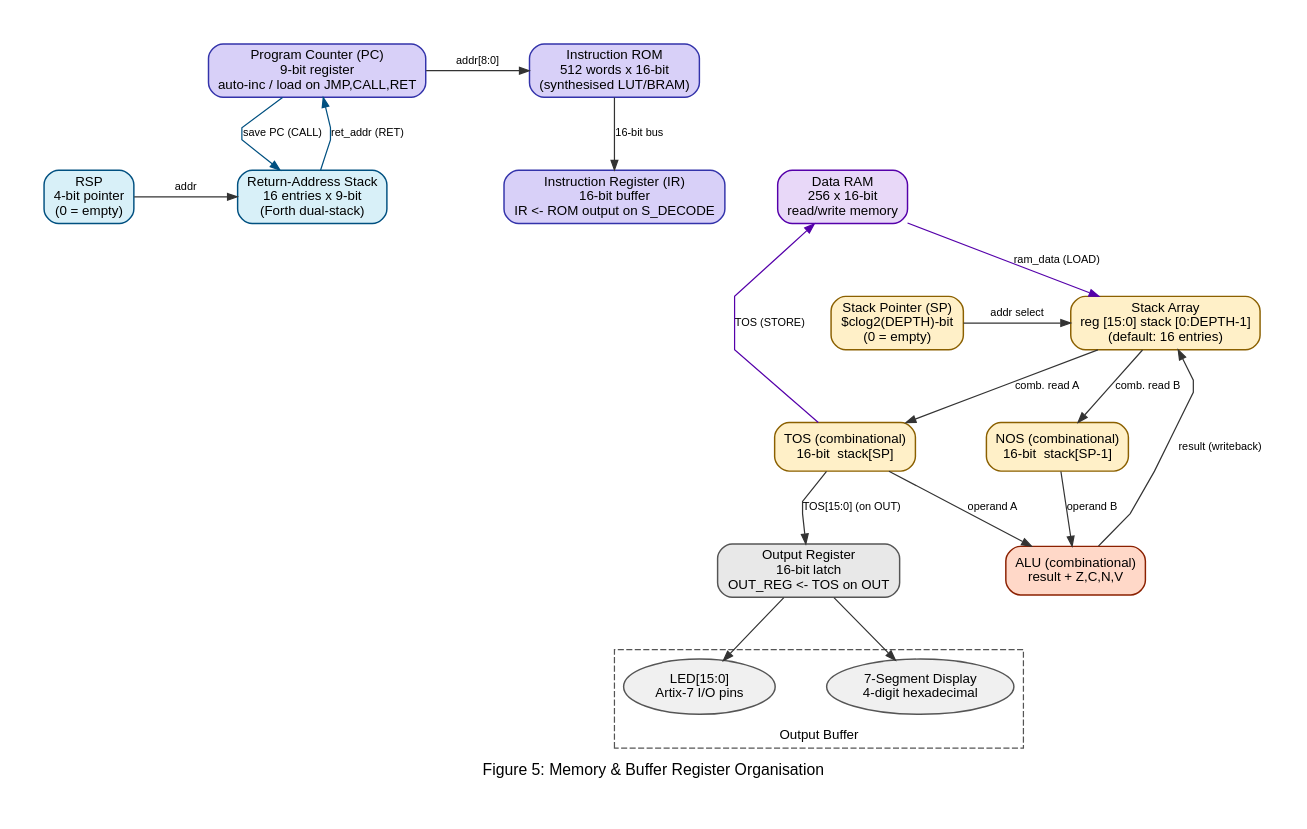
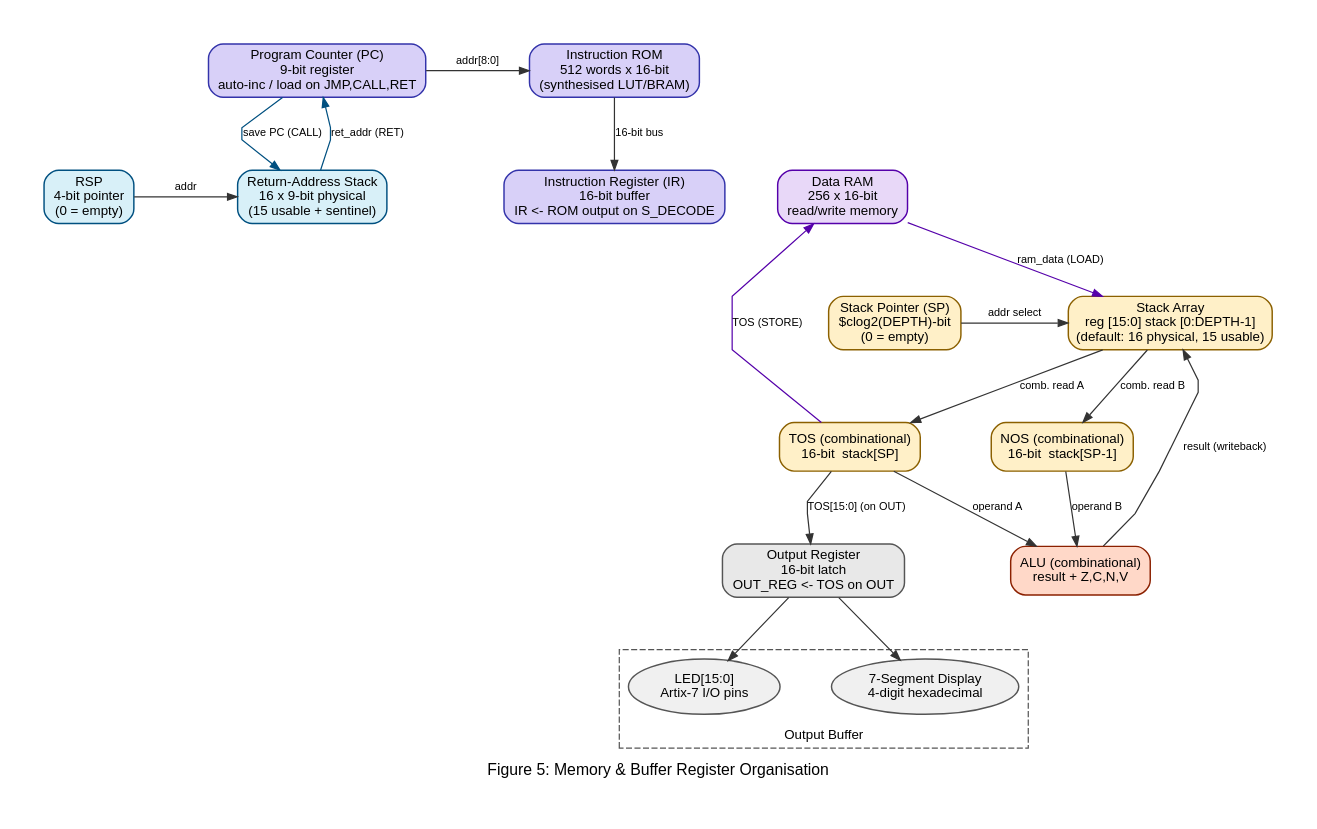
One commit to Faruk982/stack_cpu changed the fifth of 5 diagrams in report.md. Above: the diagram before and after it, drawn with Graphviz. The commit also changed other lines of this file and 4 other files, not shown here.

Commit message:
fixed stack depth bug and updated reports

````diff
--- a/report.md
+++ b/report.md
@@ -464,80 +464,80 @@
 ```graphviz
 digraph memory {
     graph [rankdir=TB, label="Figure 5: Memory & Buffer Register Organisation", labelloc=b,
            fontname="Arial", fontsize=13, splines=polyline, nodesep=0.6, ranksep=0.7,
            bgcolor=white, pad=0.4]
     node  [fontname="Arial", fontsize=11, shape=box, style="filled,rounded",
            penwidth=1.2, height=0.55]
     edge  [fontname="Arial", fontsize=9, color="#333333", arrowsize=0.8]
 
     subgraph cluster_imem {
         label="Instruction Memory (Harvard)"
         style=dashed; color="#3333AA"; fontname="Arial"; fontsize=11
         fillcolor="#F4F4FF"
         ROM   [label="Instruction ROM\n512 words x 16-bit\n(synthesised LUT/BRAM)", fillcolor="#D8D0F8", color="#3333AA"]
         IR    [label="Instruction Register (IR)\n16-bit buffer\nIR <- ROM output on S_DECODE", fillcolor="#D8D0F8", color="#3333AA"]
         ROM -> IR [label="16-bit bus"]
     }
 
     subgraph cluster_dmem {
         label="Data Memory — Stack (Parameterised)"
         style=dashed; color="#8B6000"; fontname="Arial"; fontsize=11
         fillcolor="#FFFBF0"
-        SMEM  [label="Stack Array\nreg [15:0] stack [0:DEPTH-1]\n(default: 16 entries)", fillcolor="#FFF0C8", color="#8B6000"]
+        SMEM  [label="Stack Array\nreg [15:0] stack [0:DEPTH-1]\n(default: 16 physical, 15 usable)", fillcolor="#FFF0C8", color="#8B6000"]
         SP    [label="Stack Pointer (SP)\n$clog2(DEPTH)-bit\n(0 = empty)", fillcolor="#FFF0C8", color="#8B6000"]
         TOS   [label="TOS (combinational)\n16-bit  stack[SP]", fillcolor="#FFF0C8", color="#8B6000"]
         NOS   [label="NOS (combinational)\n16-bit  stack[SP-1]", fillcolor="#FFF0C8", color="#8B6000"]
         SP   -> SMEM [label="addr select"]
         SMEM -> TOS  [label="comb. read A"]
         SMEM -> NOS  [label="comb. read B"]
     }
 
     subgraph cluster_ram {
         label="Data RAM"
         style=dashed; color="#5500AA"; fontname="Arial"; fontsize=11
         fillcolor="#F8F0FF"
         DRAM  [label="Data RAM\n256 x 16-bit\nread/write memory", fillcolor="#E8D8F8", color="#5500AA"]
     }
 
     subgraph cluster_rstk {
         label="Return Stack (CALL/RET)"
         style=dashed; color="#005080"; fontname="Arial"; fontsize=11
         fillcolor="#F0F8FF"
-        RSTK  [label="Return-Address Stack\n16 entries x 9-bit\n(Forth dual-stack)", fillcolor="#D8F0F8", color="#005080"]
+        RSTK  [label="Return-Address Stack\n16 x 9-bit physical\n(15 usable + sentinel)", fillcolor="#D8F0F8", color="#005080"]
         RSP   [label="RSP\n4-bit pointer\n(0 = empty)", fillcolor="#D8F0F8", color="#005080"]
         RSP -> RSTK [label="addr"]
     }
 
     subgraph cluster_out {
         label="Output Buffer"
         style=dashed; color="#555555"; fontname="Arial"; fontsize=11
         fillcolor="#F8F8F8"
         OUTREG[label="Output Register\n16-bit latch\nOUT_REG <- TOS on OUT", fillcolor="#E8E8E8", color="#555555"]
         LEDS  [label="LED[15:0]\nArtix-7 I/O pins", shape=ellipse, fillcolor="#F0F0F0", color="#555555"]
         SEG   [label="7-Segment Display\n4-digit hexadecimal", shape=ellipse, fillcolor="#F0F0F0", color="#555555"]
         OUTREG -> LEDS
         OUTREG -> SEG
     }
 
     PC    [label="Program Counter (PC)\n9-bit register\nauto-inc / load on JMP,CALL,RET", fillcolor="#D8D0F8", color="#3333AA"]
     ALU_  [label="ALU (combinational)\nresult + Z,C,N,V", fillcolor="#FFD8C8", color="#8B2000"]
 
     PC   -> ROM    [label="addr[8:0]"]
     TOS  -> OUTREG [label="TOS[15:0] (on OUT)"]
     TOS  -> ALU_   [label="operand A"]
     NOS  -> ALU_   [label="operand B"]
     ALU_ -> SMEM   [label="result (writeback)"]
     TOS  -> DRAM   [label="TOS (STORE)", color="#5500AA"]
     DRAM -> SMEM   [label="ram_data (LOAD)", color="#5500AA"]
     PC   -> RSTK   [label="save PC (CALL)", color="#005080"]
     RSTK -> PC     [label="ret_addr (RET)", color="#005080"]
 
     { rank=same; PC; ROM }
     { rank=same; IR }
     { rank=same; SMEM; SP }
     { rank=same; TOS; NOS }
     { rank=same; ALU_ }
     { rank=same; DRAM; RSTK; RSP }
     { rank=same; OUTREG }
 }
 ```
````
